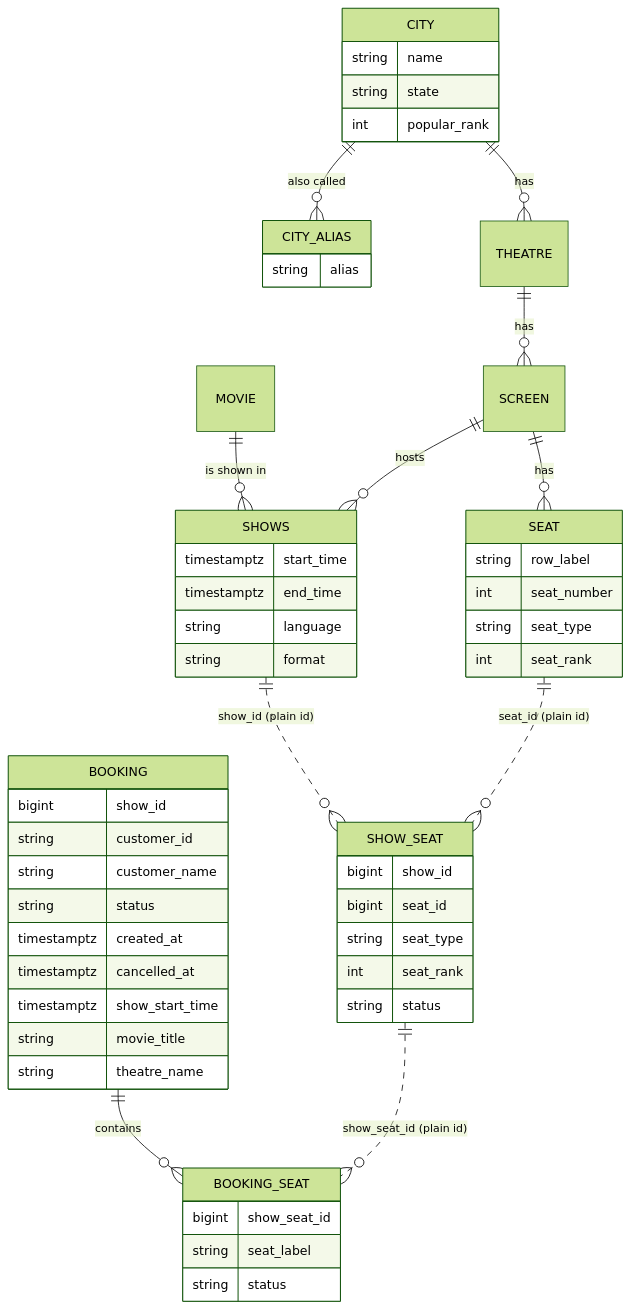
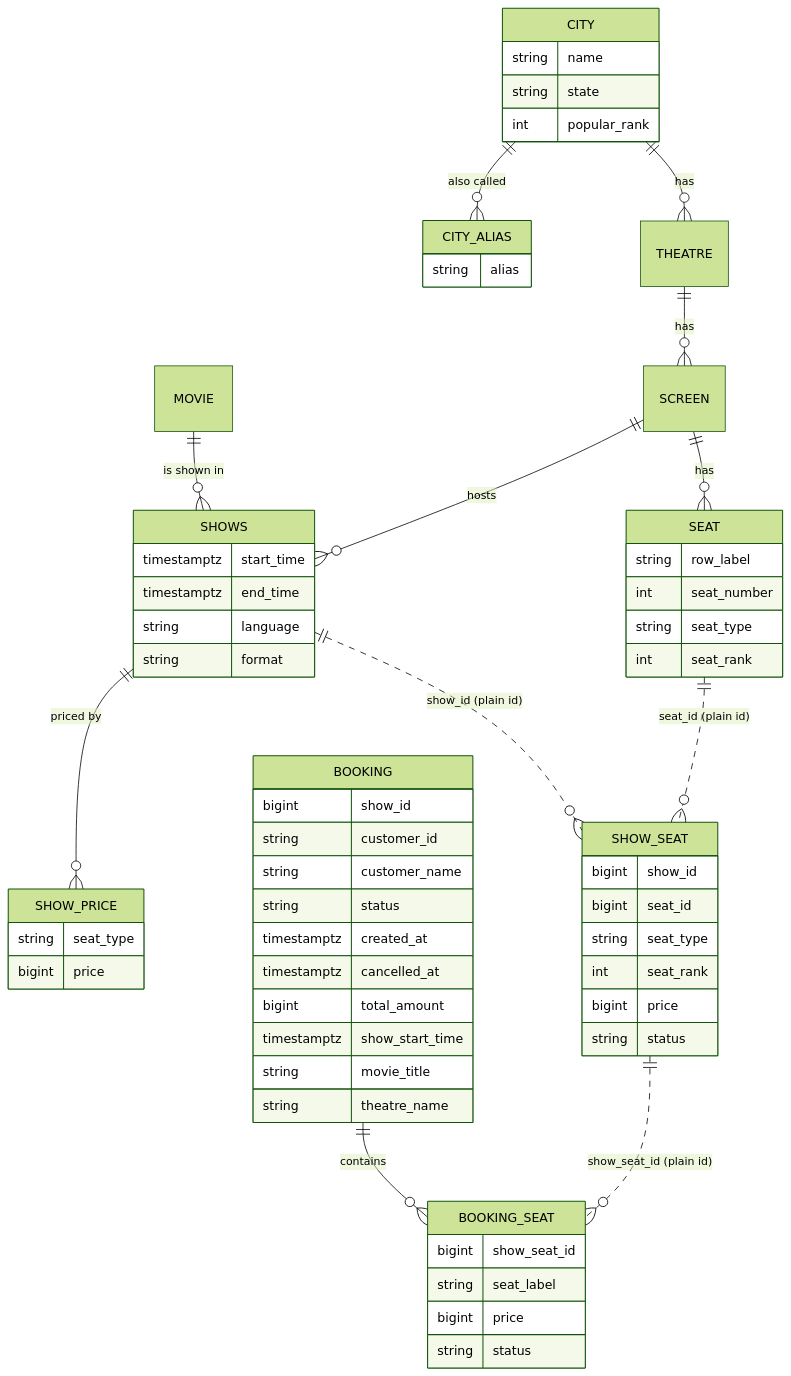
Before and after one commit to GopiSVDev/seat-lock: the third of 3 diagrams in README.md, drawn with Mermaid (forest theme). The commit also changed other lines of this file and 31 other files, not shown here.

First line of the commit message:
feat(catalogue): seat prices per show and seat type

````diff
--- a/README.md
+++ b/README.md
@@ -319,57 +320,65 @@
 ```mermaid
 erDiagram
     CITY ||--o{ CITY_ALIAS : "also called"
     CITY ||--o{ THEATRE : has
     THEATRE ||--o{ SCREEN : has
     SCREEN ||--o{ SEAT : has
     MOVIE ||--o{ SHOWS : "is shown in"
     SCREEN ||--o{ SHOWS : hosts
+    SHOWS ||--o{ SHOW_PRICE : "priced by"
     SHOWS ||..o{ SHOW_SEAT : "show_id (plain id)"
     SEAT ||..o{ SHOW_SEAT : "seat_id (plain id)"
     BOOKING ||--o{ BOOKING_SEAT : contains
     SHOW_SEAT ||..o{ BOOKING_SEAT : "show_seat_id (plain id)"
 
     CITY {
         string name
         string state
         int popular_rank
     }
     CITY_ALIAS {
         string alias
     }
     SEAT {
         string row_label
         int seat_number
         string seat_type
         int seat_rank
     }
     SHOWS {
         timestamptz start_time
         timestamptz end_time
         string language
         string format
     }
+    SHOW_PRICE {
+        string seat_type
+        bigint price
+    }
     SHOW_SEAT {
         bigint show_id
         bigint seat_id
         string seat_type
         int seat_rank
+        bigint price
         string status
     }
     BOOKING {
         bigint show_id
         string customer_id
         string customer_name
         string status
         timestamptz created_at
         timestamptz cancelled_at
+        bigint total_amount
         timestamptz show_start_time
         string movie_title
         string theatre_name
     }
     BOOKING_SEAT {
         bigint show_seat_id
         string seat_label
+        bigint price
         string status
     }
 ```
````
